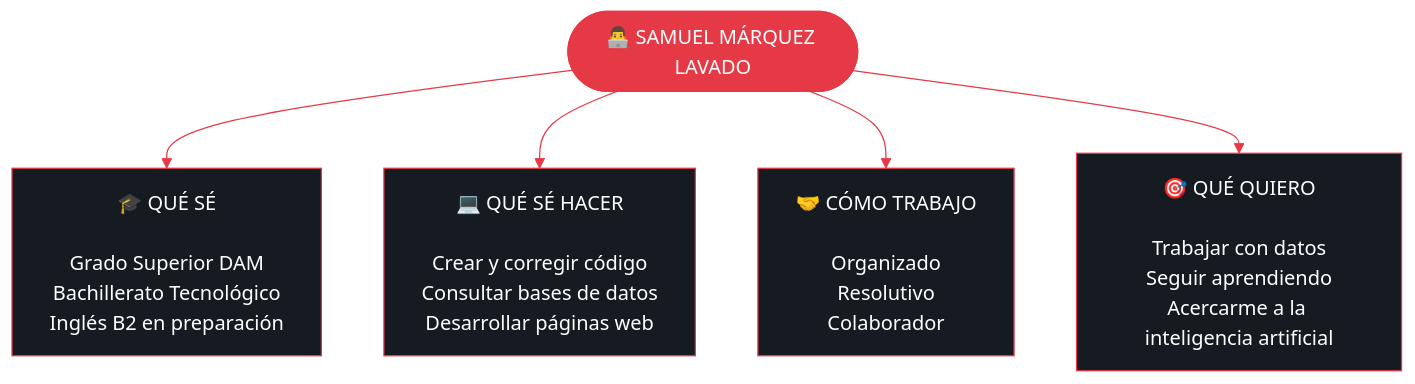
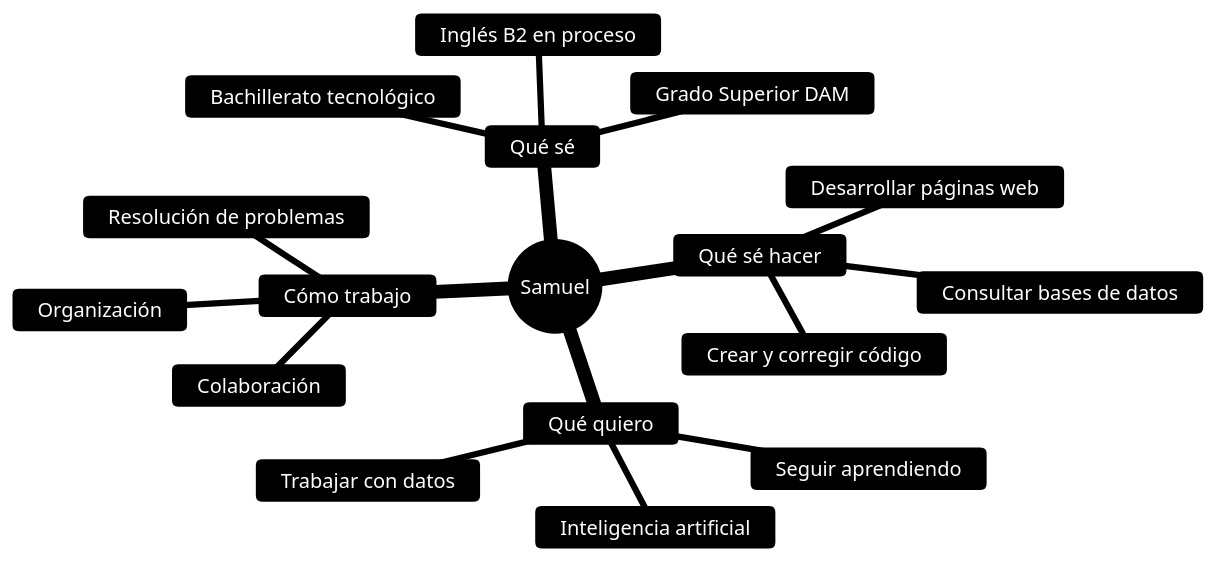
One commit to smarlav/smarlav changed the first of 2 diagrams in README.md. Above: the diagram before and after it, drawn with Mermaid.

Commit message:
Refactor mermaid diagram in README
Updated the mermaid diagram in the profile section to improve formatting and content clarity.

````diff
--- a/README.md
+++ b/README.md
@@ -34,19 +37,21 @@
 ```mermaid
-%%{init: {'theme':'base','themeVariables':{'primaryColor':'#161B22','primaryTextColor':'#FFFFFF','primaryBorderColor':'#E63946','lineColor':'#E63946','secondaryColor':'#252D38','tertiaryColor':'#0D1117','fontFamily':'Arial'}}}%%
-flowchart TB
-    A(["👨‍💻 SAMUEL MÁRQUEZ LAVADO"])
-
-    A --> B["🎓 QUÉ SÉ<br/><br/>Grado Superior DAM<br/>Bachillerato Tecnológico<br/>Inglés B2 en preparación"]
-
-    A --> C["💻 QUÉ SÉ HACER<br/><br/>Crear y corregir código<br/>Consultar bases de datos<br/>Desarrollar páginas web"]
-
-    A --> D["🤝 CÓMO TRABAJO<br/><br/>Organizado<br/>Resolutivo<br/>Colaborador"]
-
-    A --> E["🎯 QUÉ QUIERO<br/><br/>Trabajar con datos<br/>Seguir aprendiendo<br/>Acercarme a la inteligencia artificial"]
-
-    style A fill:#E63946,stroke:#E63946,color:#FFFFFF,stroke-width:2px
-    style B fill:#161B22,stroke:#E63946,color:#FFFFFF
-    style C fill:#161B22,stroke:#E63946,color:#FFFFFF
-    style D fill:#161B22,stroke:#E63946,color:#FFFFFF
-    style E fill:#161B22,stroke:#E63946,color:#FFFFFF
+%%{init: {'theme':'base','themeVariables':{'primaryColor':'#161B22','primaryTextColor':'#FFFFFF','primaryBorderColor':'#E63946','secondaryColor':'#161B22','tertiaryColor':'#0D1117','lineColor':'#E63946','fontFamily':'Arial','fontSize':'16px'}}}%%
+mindmap
+  root((Samuel))
+    Qué sé
+      Grado Superior DAM
+      Bachillerato tecnológico
+      Inglés B2 en proceso
+    Qué sé hacer
+      Crear y corregir código
+      Consultar bases de datos
+      Desarrollar páginas web
+    Cómo trabajo
+      Organización
+      Resolución de problemas
+      Colaboración
+    Qué quiero
+      Trabajar con datos
+      Seguir aprendiendo
+      Inteligencia artificial
 ```
````
